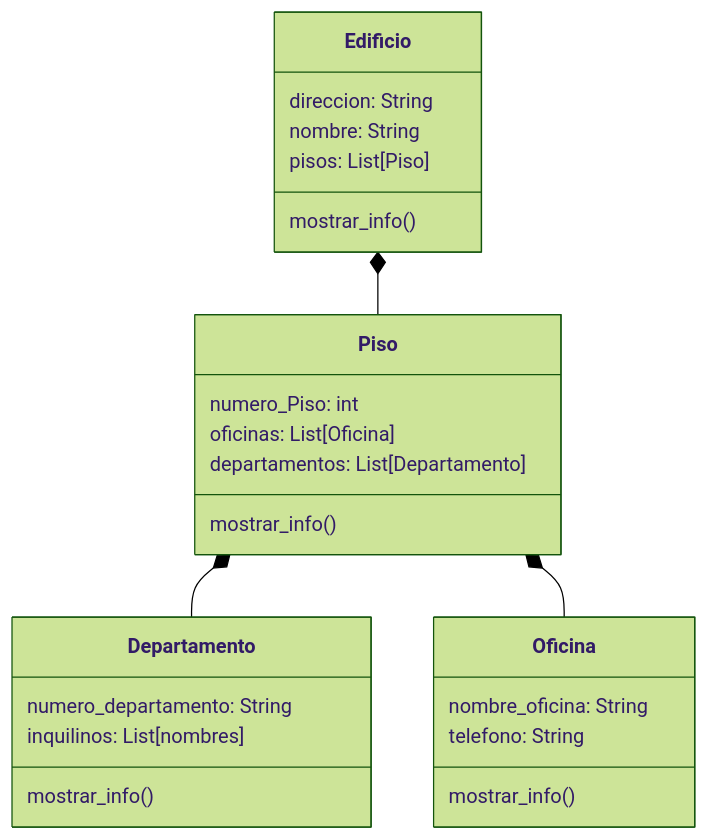
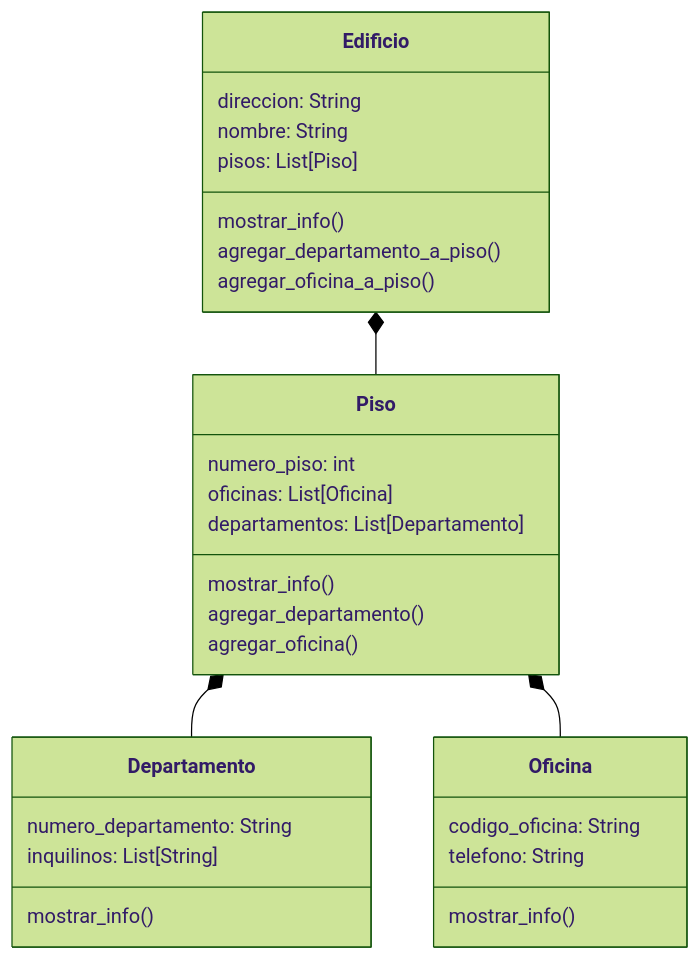
One commit to bk320/psg-oop-2025 changed the diagram in retos_sesion_06/ejercicio_02.md. Above: the diagram before and after it, drawn with Mermaid (forest theme). The commit also changed other lines of this file and 3 other files, not shown here.

````diff
--- a/retos_sesion_06/ejercicio_02.md
+++ b/retos_sesion_06/ejercicio_02.md
@@ -72,28 +114,32 @@
 ```mermaid
 classDiagram
     class Edificio{
         direccion: String
         nombre: String
         pisos: List[Piso]
         mostrar_info()
+        agregar_departamento_a_piso()
+        agregar_oficina_a_piso()
     }
     class Piso{
-        numero_Piso: int
+        numero_piso: int
         oficinas: List[Oficina]
         departamentos: List[Departamento]
         mostrar_info()
+        agregar_departamento()
+        agregar_oficina()
     }
     class Departamento{
         numero_departamento: String
-        inquilinos: List[nombres]
+        inquilinos: List[String]
         mostrar_info()
     }
     class Oficina{
-        nombre_oficina: String
+        codigo_oficina: String
         telefono: String
         mostrar_info()
     }
     Piso *-- Departamento
     Piso *-- Oficina
     Edificio *-- Piso
 ```
````
